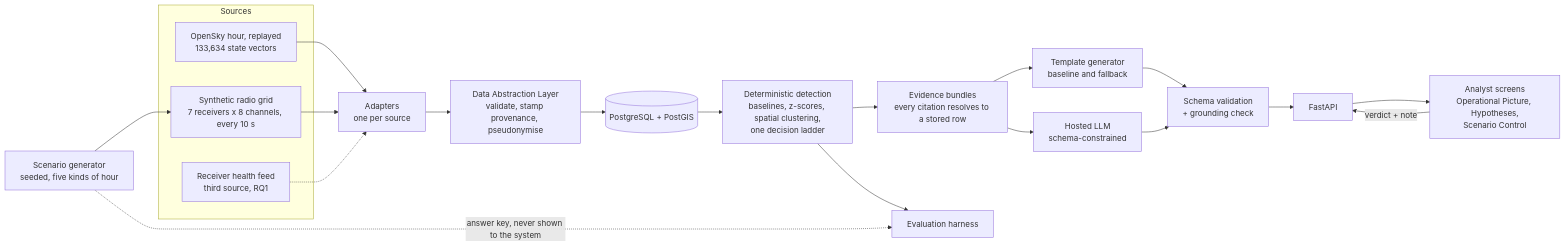
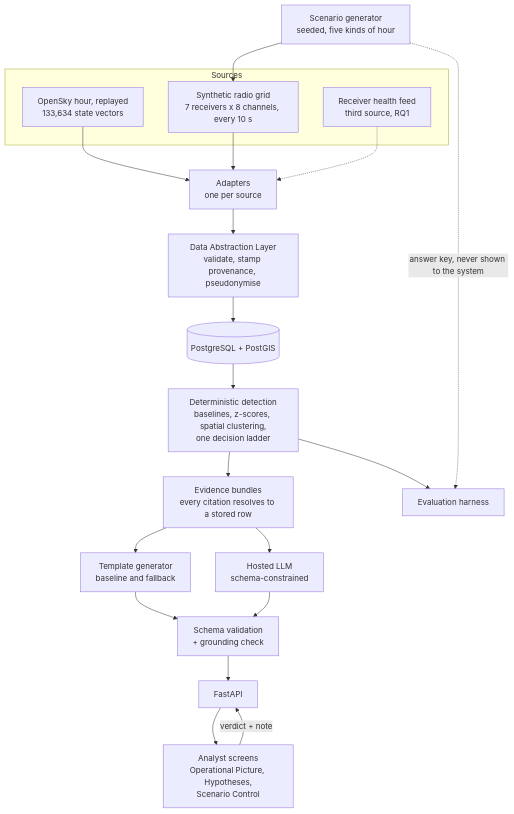
One commit to randygimah/em-fusion changed the diagram in README.md. Above: the diagram before and after it, drawn with Mermaid. The commit also changed other lines of this file, not shown here.

Commit message:
docs: README, diagram top to bottom; verdict card beside its explanation

````diff
--- a/README.md
+++ b/README.md
@@ -37,25 +37,25 @@
 ```mermaid
-flowchart LR
+flowchart TB
   subgraph Sources
     OS["OpenSky hour, replayed<br/>133,634 state vectors"]
     RF["Synthetic radio grid<br/>7 receivers x 8 channels, every 10 s"]
     HL["Receiver health feed<br/>third source, RQ1"]
   end
   SC["Scenario generator<br/>seeded, five kinds of hour"] --> RF
   OS --> AD["Adapters<br/>one per source"]
   RF --> AD
   HL -.-> AD
   AD --> DAL["Data Abstraction Layer<br/>validate, stamp provenance, pseudonymise"]
   DAL --> DB[("PostgreSQL + PostGIS")]
   DB --> DET["Deterministic detection<br/>baselines, z-scores, spatial clustering,<br/>one decision ladder"]
   DET --> EVB["Evidence bundles<br/>every citation resolves to a stored row"]
   EVB --> TPL["Template generator<br/>baseline and fallback"]
   EVB --> LLM["Hosted LLM<br/>schema-constrained"]
   TPL --> CHK["Schema validation<br/>+ grounding check"]
   LLM --> CHK
   CHK --> API["FastAPI"]
   API --> UI["Analyst screens<br/>Operational Picture, Hypotheses,<br/>Scenario Control"]
   UI -- "verdict + note" --> API
   SC -. "answer key, never shown to the system" .-> EV["Evaluation harness"]
   DET --> EV
 ```
````
